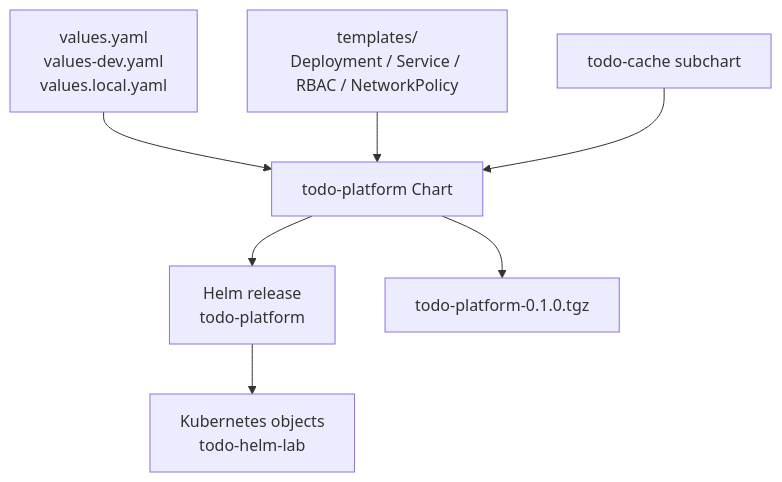
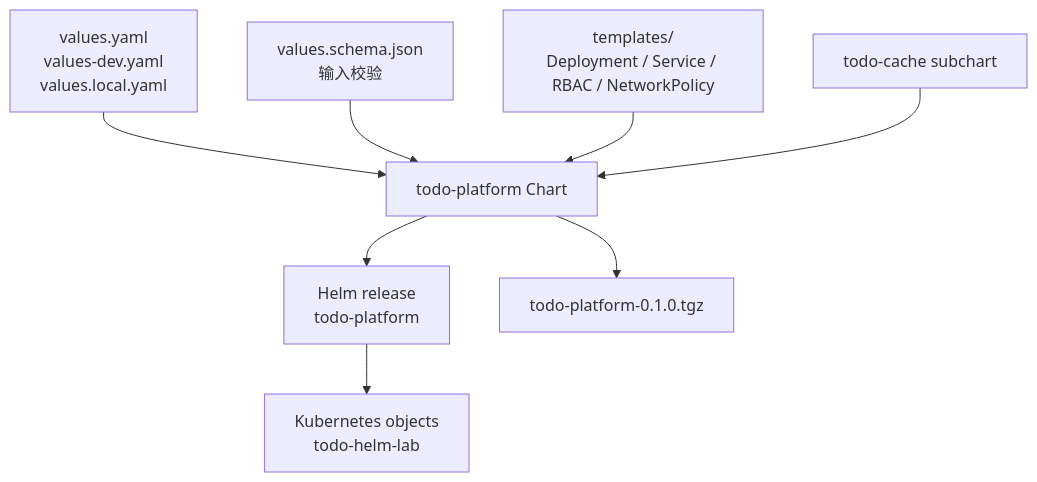
Before and after one commit to yleoer/cloud-native-todo-platform-docs: the sixth of 6 diagrams in docs/chapters/stage-04-kubernetes/27-helm4.md, drawn with Mermaid. The commit also changed other lines of this file, not shown here.

````diff
--- a/docs/chapters/stage-04-kubernetes/27-helm4.md
+++ b/docs/chapters/stage-04-kubernetes/27-helm4.md
@@ -1625,9 +1691,10 @@
 ```mermaid
 flowchart TD
     Values["values.yaml<br/>values-dev.yaml<br/>values.local.yaml"] --> Chart["todo-platform Chart"]
+    Schema["values.schema.json<br/>输入校验"] --> Chart
     Templates["templates/<br/>Deployment / Service / RBAC / NetworkPolicy"] --> Chart
     Sub["todo-cache subchart"] --> Chart
     Chart --> Release["Helm release<br/>todo-platform"]
     Release --> K8s["Kubernetes objects<br/>todo-helm-lab"]
     Chart --> Package["todo-platform-0.1.0.tgz"]
 ```
````
